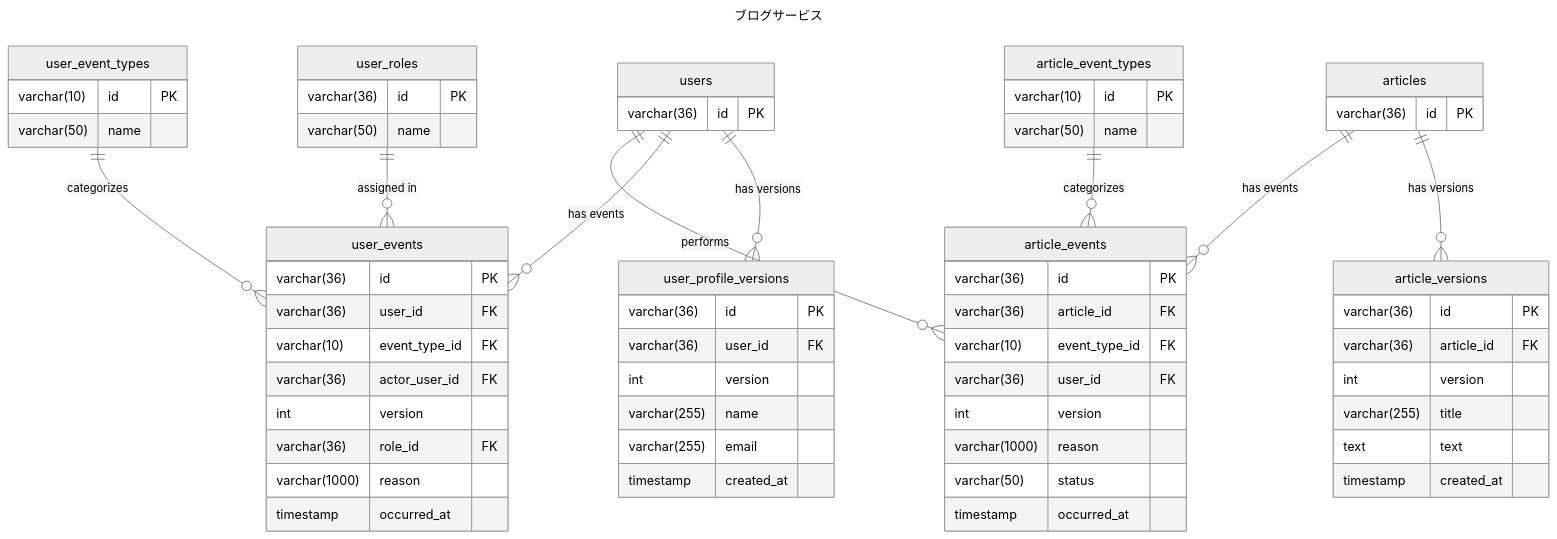
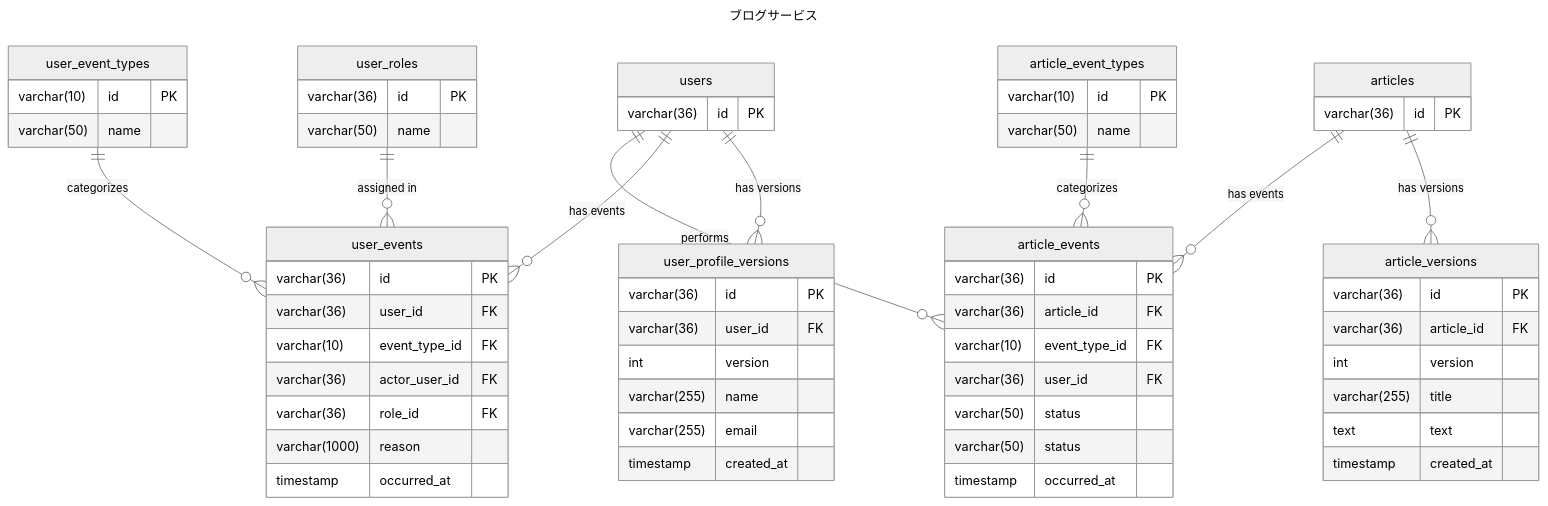
Before and after one commit to ttakuma17/til: the diagram in db/modeling/5/5-1/er.md, drawn with Mermaid (neutral theme). The commit also changed other lines of this file and 6 other files, not shown here.

````diff
--- a/db/modeling/5/5-1/er.md
+++ b/db/modeling/5/5-1/er.md
@@ -25,80 +11,78 @@
 ```mermaid
 ---
 title: ブログサービス
 ---
 erDiagram
     users {
         varchar(36) id PK
     }
 
     user_profile_versions {
         varchar(36) id PK
         varchar(36) user_id FK
         int version
         varchar(255) name
         varchar(255) email
         timestamp created_at
     }
 
     user_roles {
         varchar(36) id PK
         varchar(50) name
     }
 
     user_event_types {
         varchar(10) id PK
         varchar(50) name
     }
 
     user_events {
         varchar(36) id PK
         varchar(36) user_id FK
         varchar(10) event_type_id FK
         varchar(36) actor_user_id FK
-        int version
         varchar(36) role_id FK
         varchar(1000) reason
         timestamp occurred_at
     }
 
     articles {
         varchar(36) id PK
     }
 
     article_versions {
         varchar(36) id PK
         varchar(36) article_id FK
         int version
         varchar(255) title
         text text
         timestamp created_at
     }
 
     article_event_types {
         varchar(10) id PK
         varchar(50) name
     }
 
     article_events {
         varchar(36) id PK
         varchar(36) article_id FK
         varchar(10) event_type_id FK
         varchar(36) user_id FK
-        int version
-        varchar(1000) reason
+        varchar(50) status
         varchar(50) status
         timestamp occurred_at
     }
 
     %% リレーションシップ
     users ||--o{ user_profile_versions : "has versions"
     users ||--o{ user_events : "has events"
     
     user_roles ||--o{ user_events : "assigned in"
     user_event_types ||--o{ user_events : "categorizes"
 
     users ||--o{ article_events : "performs"    
     articles ||--o{ article_versions : "has versions"
     articles ||--o{ article_events : "has events"
     article_event_types ||--o{ article_events : "categorizes"
 ```
````
